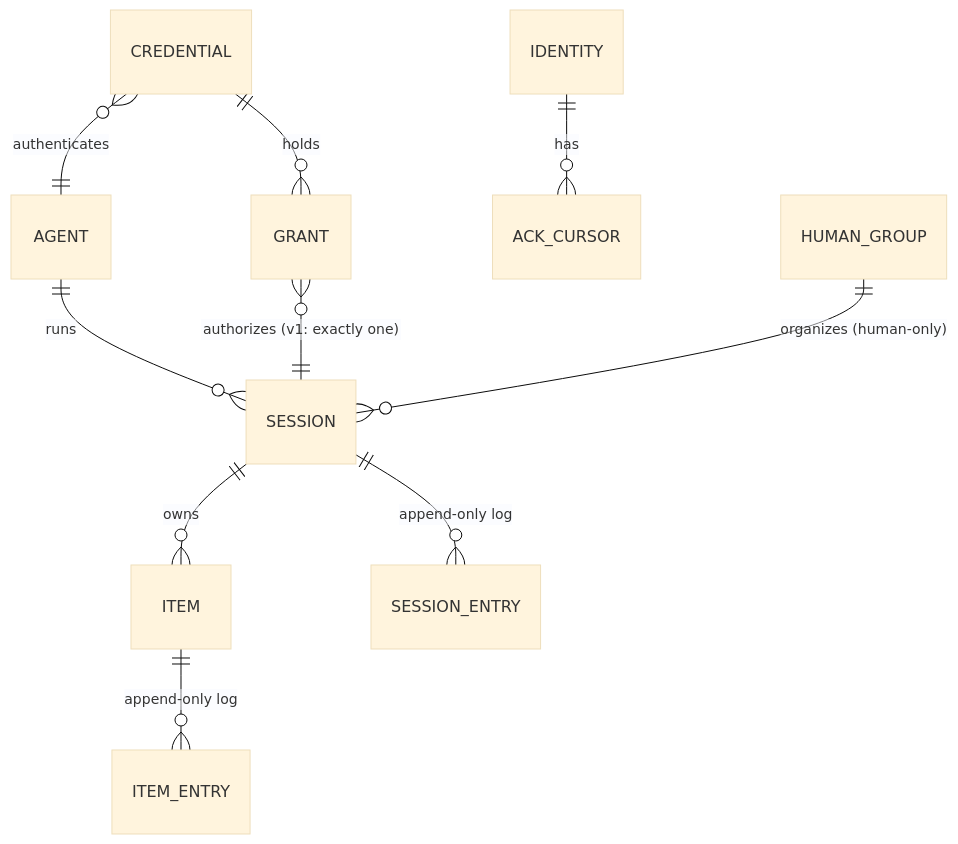
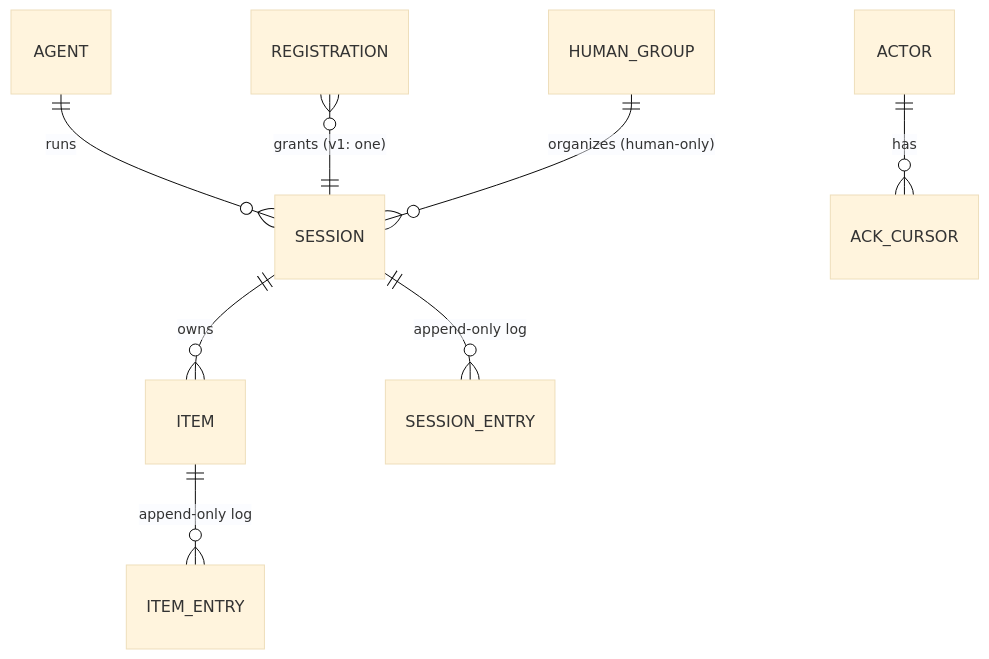
One commit to WayfarerLabs/agention changed the second of 2 diagrams in docs/sdd/2026-10-25-agention-v1/hla.md. Above: the diagram before and after it, drawn with Mermaid (base theme). The commit also changed other lines of this file and 2 other files, not shown here.

````diff
--- a/docs/sdd/2026-10-25-agention-v1/hla.md
+++ b/docs/sdd/2026-10-25-agention-v1/hla.md
@@ -46,12 +46,10 @@
 ```mermaid
 erDiagram
   AGENT ||--o{ SESSION : runs
   SESSION ||--o{ ITEM : owns
   ITEM ||--o{ ITEM_ENTRY : "append-only log"
   SESSION ||--o{ SESSION_ENTRY : "append-only log"
-  CREDENTIAL }o--|| AGENT : authenticates
-  CREDENTIAL ||--o{ GRANT : holds
-  GRANT }o--|| SESSION : "authorizes (v1: exactly one)"
-  IDENTITY ||--o{ ACK_CURSOR : has
+  REGISTRATION }o--|| SESSION : "grants (v1: one)"
+  ACTOR ||--o{ ACK_CURSOR : has
   HUMAN_GROUP ||--o{ SESSION : "organizes (human-only)"
 ```
````
